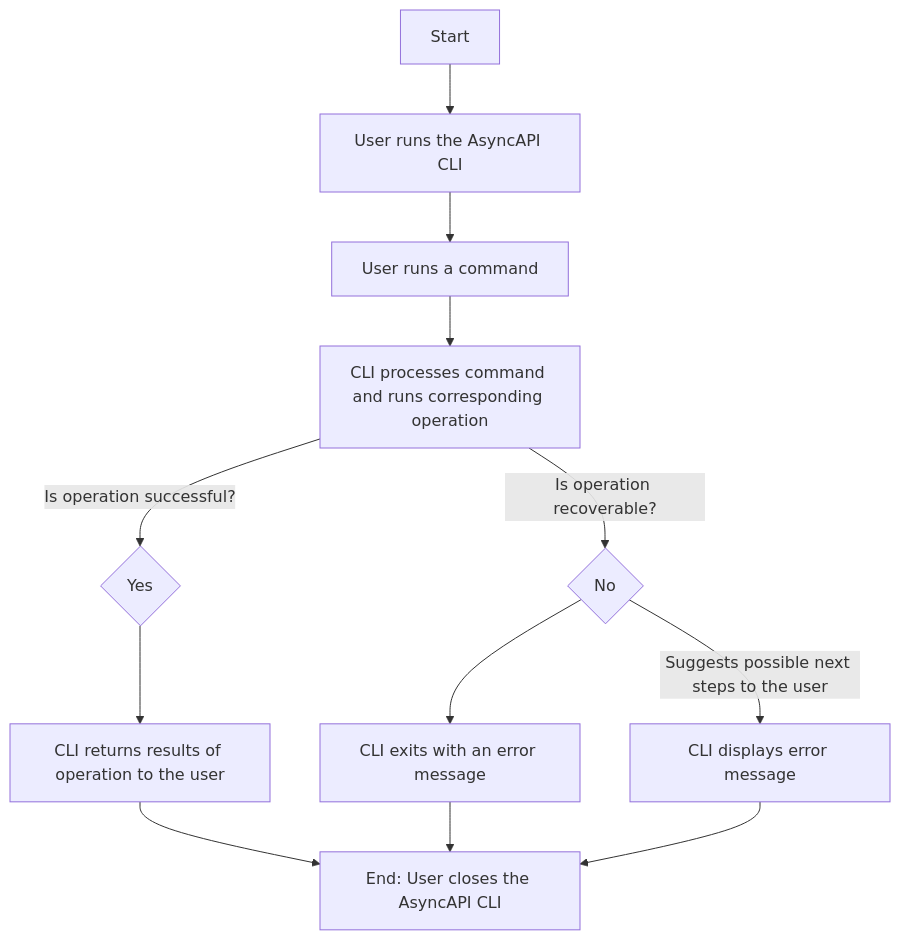
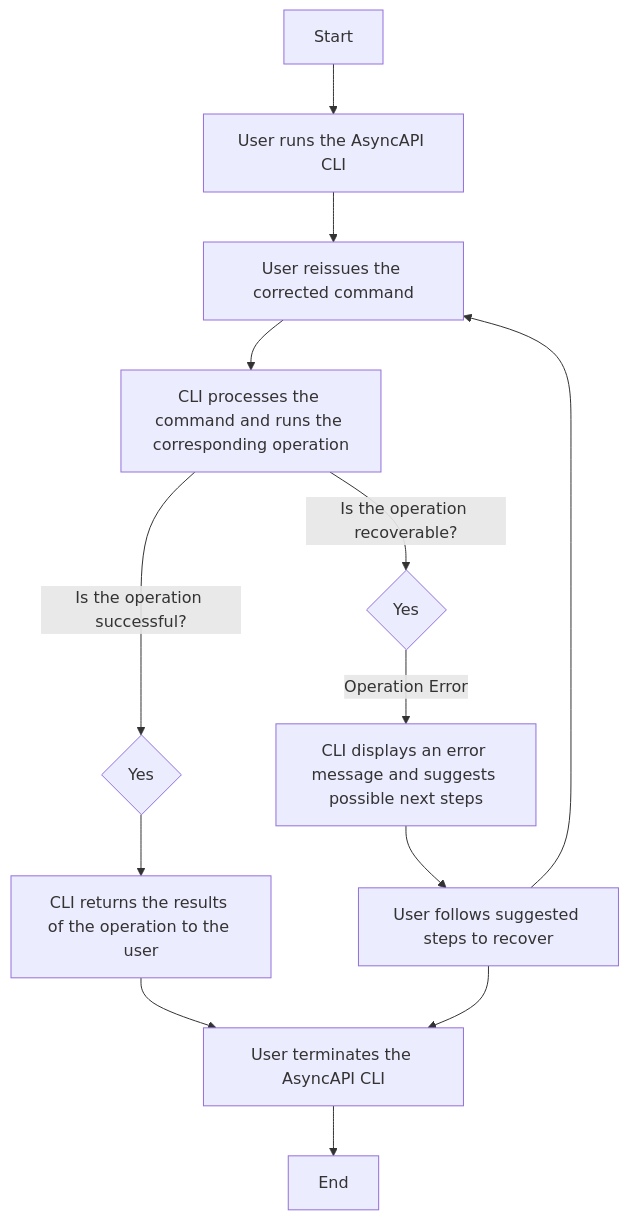
The second of 2 diagrams in docs/index.md (asyncapi/cli), drawn with Mermaid before and after one commit. The commit also changed other lines of this file, not shown here.

````diff
--- a/docs/index.md
+++ b/docs/index.md
@@ -54,15 +60,15 @@
 ```mermaid
-graph TD
-    A[Start] --> B[User runs the AsyncAPI CLI]
-    B --> C[User runs a command]
-    C --> D[CLI processes command and runs corresponding operation]
-    D --> |Is operation successful?| E{Yes}
-    D --> |Is operation recoverable?| F{No}
-    E --> G[CLI returns results of operation to the user]
-    F --> H[CLI exits with an error message]
-    F --> |Suggests possible next steps to the user | I[CLI displays error message]
-    G --> J[User receives results]
-    H --> J
-    I --> J
-    J[End: User closes the AsyncAPI CLI]
+graph TD;
+A[Start] --> B[User runs the AsyncAPI CLI]
+B --> C[User issues a command]
+C --> D[CLI processes the command and runs the corresponding operation]
+D --> |Is the operation successful?| E{Yes}
+D --> |Is the operation recoverable?| F{Yes}
+E --> G[CLI returns the results of the operation to the user]
+F --> |Operation Error| H[CLI displays an error message and suggests possible next steps]
+G --> J[User receives the results]
+H --> I[User follows suggested steps to recover]
+I --> C[User reissues the corrected command]
+I --> J
+J[User terminates the AsyncAPI CLI] --> K[End]
 ```
````
